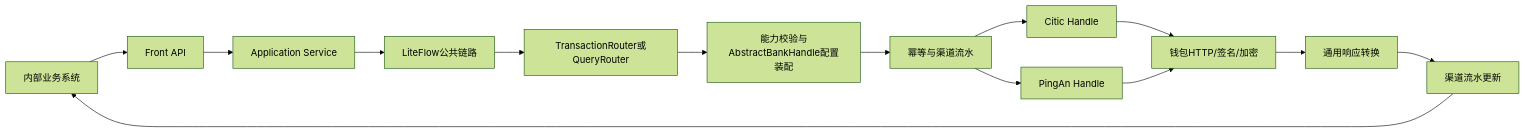
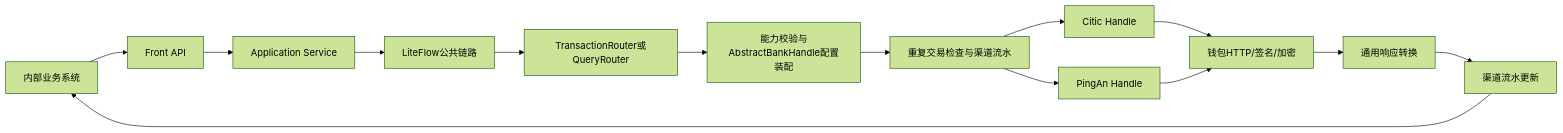
The diagram in docs/saas2.0 重构/04-front-service完整重构实施方案.md (ssssgoldhunter/saas2.0-memory-hub), drawn with Mermaid (forest theme) before and after one commit. The commit also changed other lines of this file and 33 other files, not shown here.

````diff
--- a/docs/saas2.0 重构/04-front-service完整重构实施方案.md
+++ b/docs/saas2.0 重构/04-front-service完整重构实施方案.md
@@ -190,16 +190,16 @@
 ```mermaid
 flowchart LR
     A["内部业务系统"] --> B["Front API"]
     B --> C["Application Service"]
     C --> D["LiteFlow公共链路"]
     D --> G["TransactionRouter或QueryRouter"]
     G --> E["能力校验与AbstractBankHandle配置装配"]
-    E --> F["幂等与渠道流水"]
+    E --> F["重复交易检查与渠道流水"]
     F --> H["Citic Handle"]
     F --> I["PingAn Handle"]
     H --> J["钱包HTTP/签名/加密"]
     I --> J
     J --> K["通用响应转换"]
     K --> L["渠道流水更新"]
     L --> A
 ```
````
